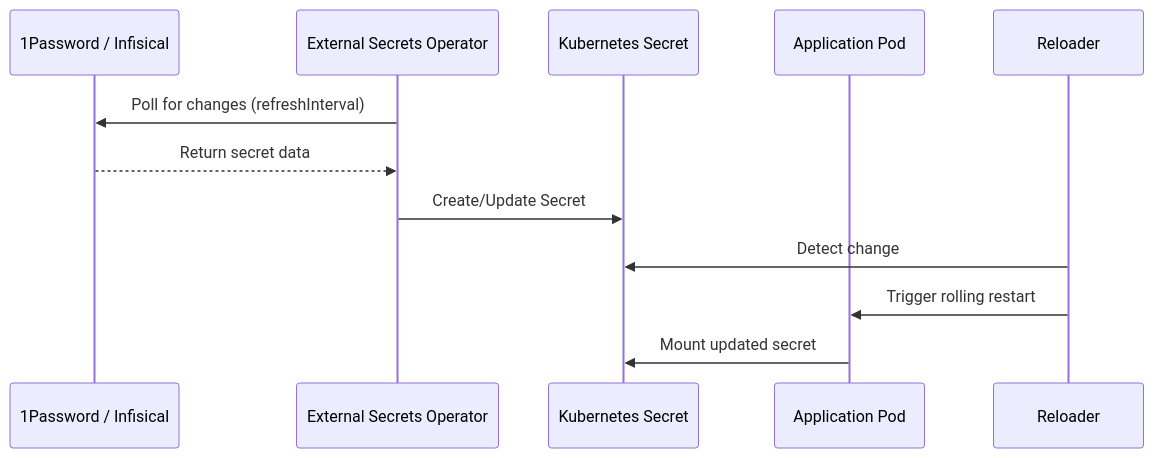
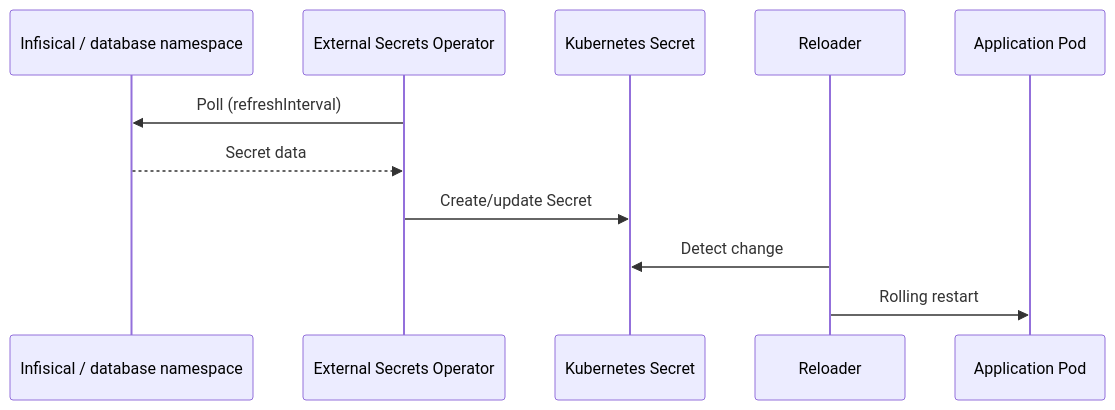
The second of 2 diagrams in docs/security/external-secrets.md (swibrow/home-ops), drawn with Mermaid before and after one commit. The commit also changed other lines of this file and 105 other files, not shown here.

````diff
--- a/docs/security/external-secrets.md
+++ b/docs/security/external-secrets.md
@@ -214,15 +117,14 @@
 ```mermaid
 sequenceDiagram
-    participant OP as 1Password / Infisical
+    participant Src as Infisical / database namespace
     participant ESO as External Secrets Operator
     participant KS as Kubernetes Secret
+    participant RL as Reloader
     participant Pod as Application Pod
-    participant RL as Reloader
 
-    ESO->>OP: Poll for changes (refreshInterval)
-    OP-->>ESO: Return secret data
-    ESO->>KS: Create/Update Secret
+    ESO->>Src: Poll (refreshInterval)
+    Src-->>ESO: Secret data
+    ESO->>KS: Create/update Secret
     RL->>KS: Detect change
-    RL->>Pod: Trigger rolling restart
-    Pod->>KS: Mount updated secret
+    RL->>Pod: Rolling restart
 ```
````
